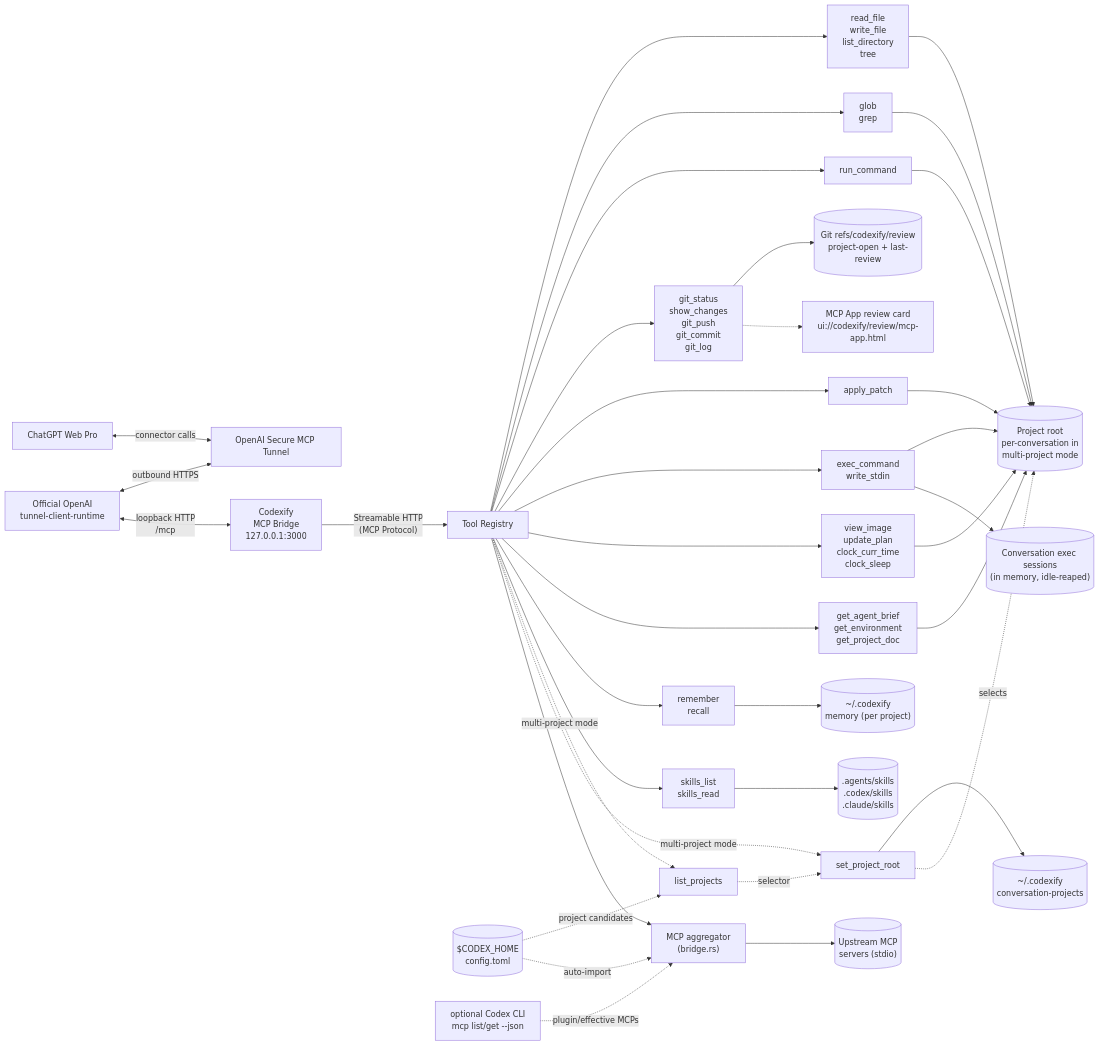
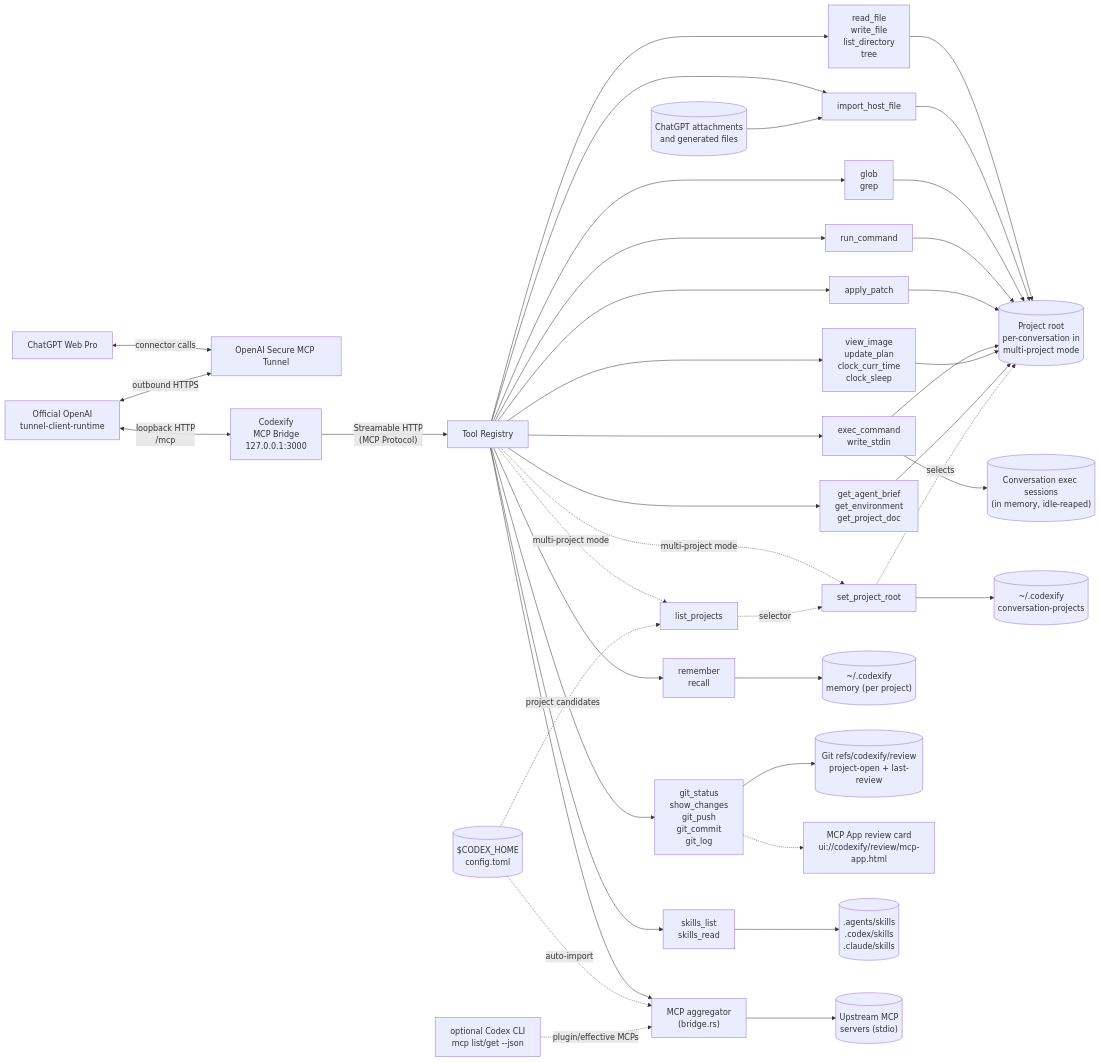
The diagram in README.md (thesunwave/codexify), drawn with Mermaid before and after one commit. The commit also changed other lines of this file and 25 other files, not shown here.

````diff
--- a/README.md
+++ b/README.md
@@ -15,71 +15,76 @@
 ```mermaid
 flowchart LR
     ChatGPT["ChatGPT Web Pro"]
     OpenAITunnel["OpenAI Secure MCP Tunnel"]
     TunnelClient["Official OpenAI\ntunnel-client-runtime"]
     Server["Codexify\nMCP Bridge\n127.0.0.1:3000"]
     Tools["Tool Registry"]
 
     FS["read_file\nwrite_file\nlist_directory\ntree"]
+    Ingress["import_host_file"]
     Search["glob\ngrep"]
     Shell["run_command"]
     Git["git_status\nshow_changes\ngit_push\ngit_commit\ngit_log"]
     Edit["apply_patch"]
     Exec["exec_command\nwrite_stdin"]
     Agent["view_image\nupdate_plan\nclock_curr_time\nclock_sleep"]
     Env["get_agent_brief\nget_environment\nget_project_doc"]
     Mem["remember\nrecall"]
     Skills["skills_list\nskills_read"]
     ListProjects["list_projects"]
     SetRoot["set_project_root"]
     Bridge["MCP aggregator\n(bridge.rs)"]
     WorkDir[("Project root\nper-conversation in\nmulti-project mode")]
+    HostFiles[("ChatGPT attachments\nand generated files")]
     State[("~/.codexify\nmemory (per project)")]
     Bindings[("~/.codexify\nconversation-projects")]
     ExecSessions[("Conversation exec sessions\n(in memory, idle-reaped)")]
     ReviewRefs[("Git refs/codexify/review\nproject-open + last-review")]
     ReviewUI["MCP App review card\nui://codexify/review/mcp-app.html"]
     SkillDirs[(".agents/skills\n.codex/skills\n.claude/skills")]
     CodexCfg[("$CODEX_HOME\nconfig.toml")]
     CodexCli["optional Codex CLI\nmcp list/get --json"]
     Upstream[("Upstream MCP\nservers (stdio)")]
 
     ChatGPT <-->|"connector calls"| OpenAITunnel
     TunnelClient <-->|"outbound HTTPS"| OpenAITunnel
     TunnelClient <-->|"loopback HTTP\n/mcp"| Server
     Server -- "Streamable HTTP\n(MCP Protocol)" --> Tools
 
     Tools --> FS
+    Tools --> Ingress
     Tools --> Search
     Tools --> Shell
     Tools --> Git
     Tools --> Edit
     Tools --> Exec
     Tools --> Agent
     Tools --> Env
     Tools --> Mem
     Tools --> Skills
     Tools -.->|"multi-project mode"| ListProjects
     Tools -.->|"multi-project mode"| SetRoot
     Tools --> Bridge
 
     FS --> WorkDir
+    HostFiles --> Ingress
+    Ingress --> WorkDir
     Search --> WorkDir
     Shell --> WorkDir
     Edit --> WorkDir
     Exec --> WorkDir
     Agent --> WorkDir
     Env --> WorkDir
     Mem --> State
     Skills --> SkillDirs
     ListProjects -.->|"selector"| SetRoot
     SetRoot --> Bindings
     Exec --> ExecSessions
     Git --> ReviewRefs
     Git -.-> ReviewUI
     SetRoot -.->|"selects"| WorkDir
     CodexCfg -.->|"project candidates"| ListProjects
     CodexCfg -.->|"auto-import"| Bridge
     CodexCli -.->|"plugin/effective MCPs"| Bridge
     Bridge --> Upstream
 ```
````
